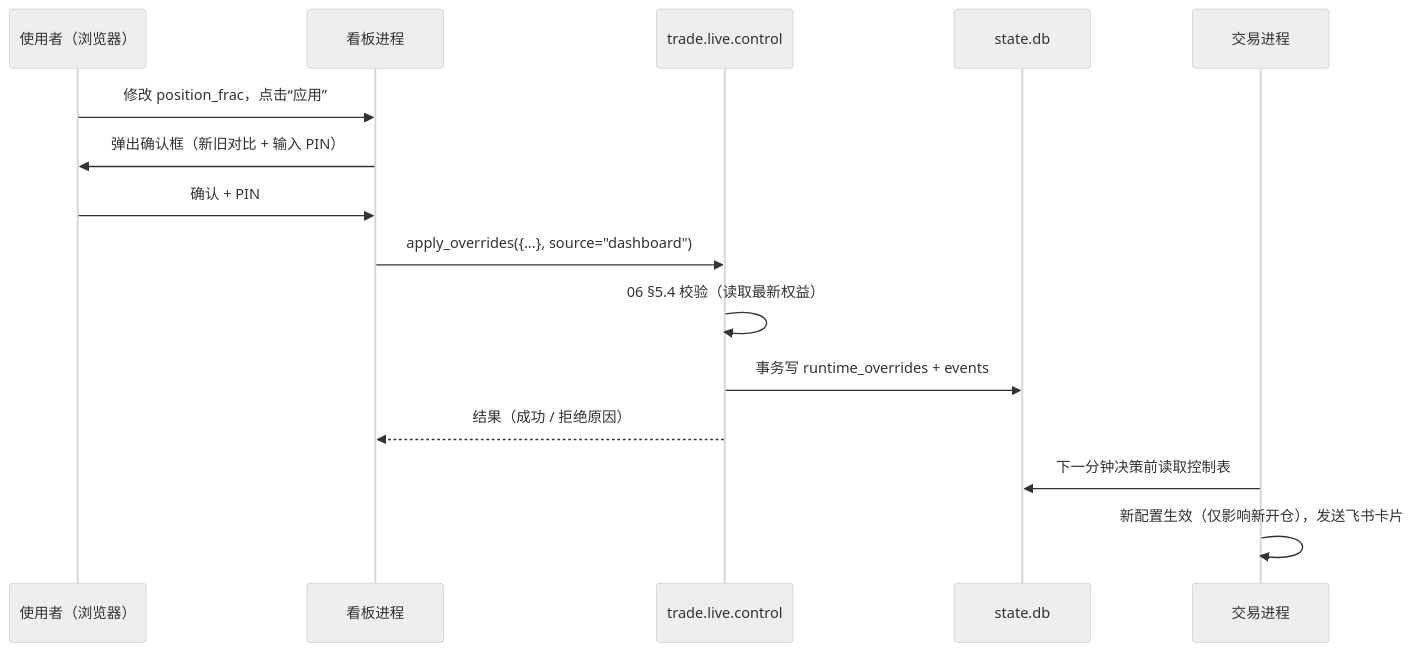
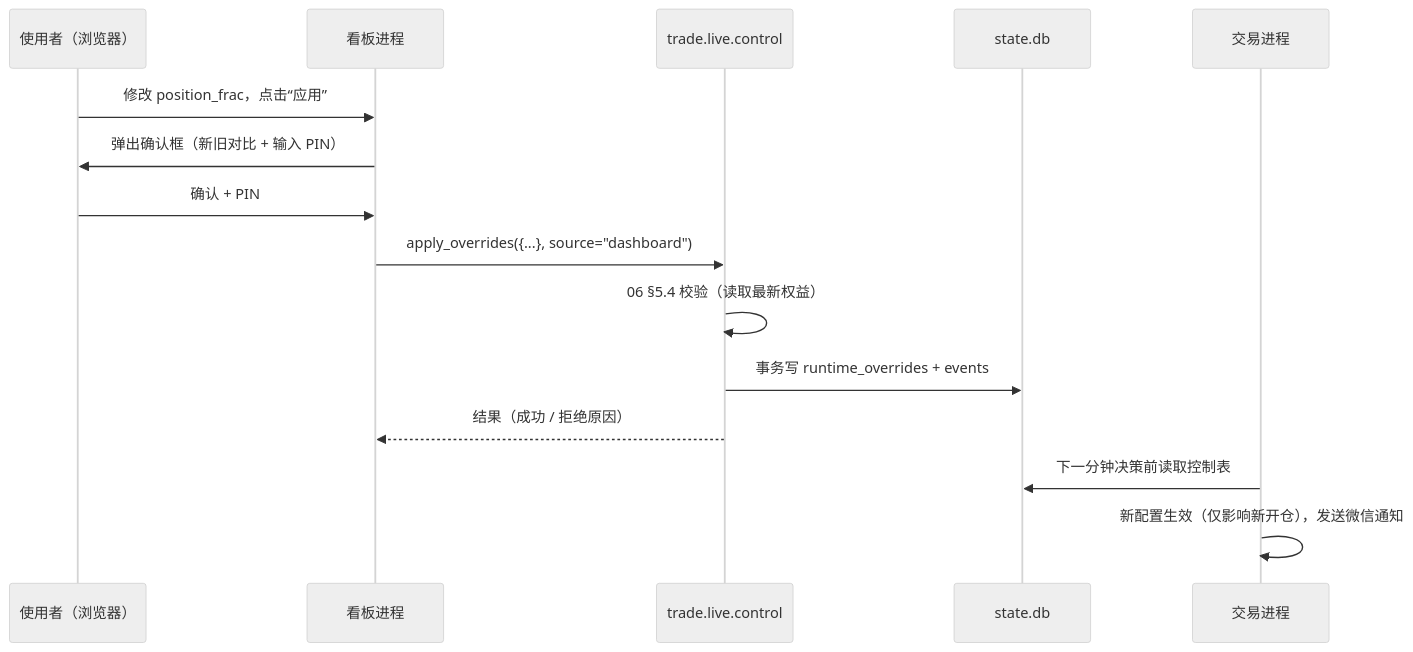
One commit to wumingze704-bit/bn-trade changed the diagram in docs/10-可视化看板.md. Above: the diagram before and after it, drawn with Mermaid (neutral theme). The commit also changed other lines of this file and 11 other files, not shown here.

````diff
--- a/docs/10-可视化看板.md
+++ b/docs/10-可视化看板.md
@@ -117,17 +131,17 @@
 ```mermaid
 sequenceDiagram
     participant U as 使用者（浏览器）
     participant D as 看板进程
     participant C as trade.live.control
     participant DB as state.db
     participant L as 交易进程
     U->>D: 修改 position_frac，点击“应用”
     D->>U: 弹出确认框（新旧对比 + 输入 PIN）
     U->>D: 确认 + PIN
     D->>C: apply_overrides({...}, source="dashboard")
     C->>C: 06 §5.4 校验（读取最新权益）
     C->>DB: 事务写 runtime_overrides + events
     C-->>D: 结果（成功 / 拒绝原因）
     L->>DB: 下一分钟决策前读取控制表
-    L->>L: 新配置生效（仅影响新开仓），发送飞书卡片
+    L->>L: 新配置生效（仅影响新开仓），发送微信通知
 ```
````
